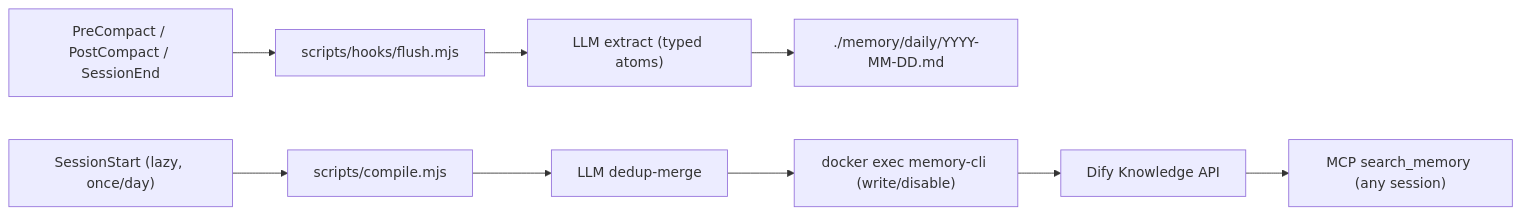
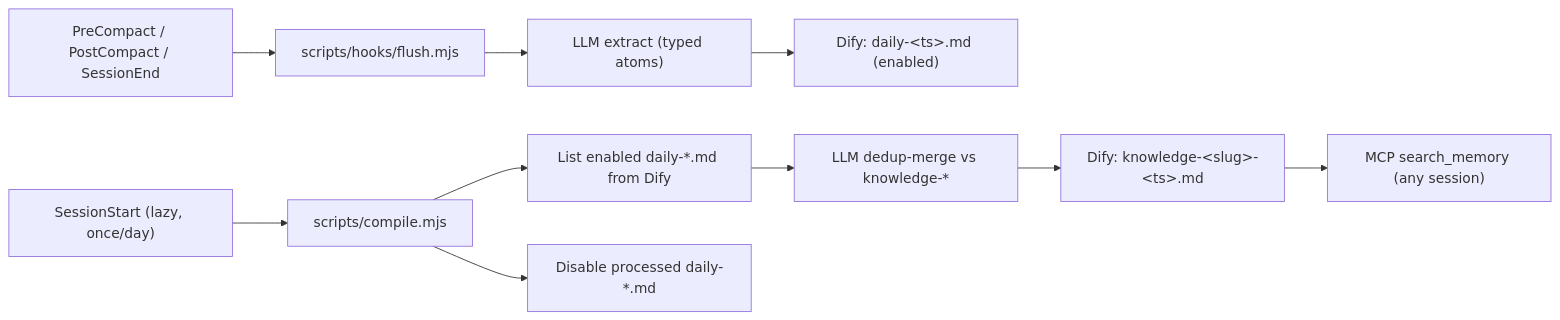
One commit to ctxr-dev/memory changed the diagram in README.md. Above: the diagram before and after it, drawn with Mermaid. The commit also changed other lines of this file and 14 other files, not shown here.

````diff
--- a/README.md
+++ b/README.md
@@ -91,11 +91,12 @@
 ```mermaid
 flowchart LR
   Hook["PreCompact / PostCompact / SessionEnd"] --> Flush["scripts/hooks/flush.mjs"]
   Flush --> LLM1["LLM extract (typed atoms)"]
-  LLM1 --> Daily["./memory/daily/YYYY-MM-DD.md"]
+  LLM1 --> DailyDoc["Dify: daily-&lt;ts&gt;.md (enabled)"]
   Start["SessionStart (lazy, once/day)"] --> Compile["scripts/compile.mjs"]
-  Compile --> LLM2["LLM dedup-merge"]
-  LLM2 --> Bridge["docker exec memory-cli (write/disable)"]
-  Bridge --> Dify["Dify Knowledge API"]
-  Dify --> Search["MCP search_memory (any session)"]
+  Compile --> ListDaily["List enabled daily-*.md from Dify"]
+  ListDaily --> LLM2["LLM dedup-merge vs knowledge-*"]
+  LLM2 --> KnowledgeDoc["Dify: knowledge-&lt;slug&gt;-&lt;ts&gt;.md"]
+  Compile --> DisableDaily["Disable processed daily-*.md"]
+  KnowledgeDoc --> Search["MCP search_memory (any session)"]
 ```
````
